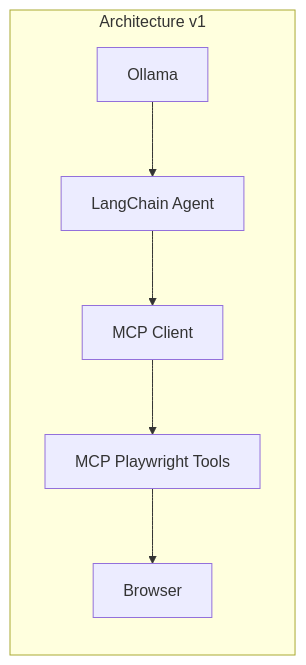
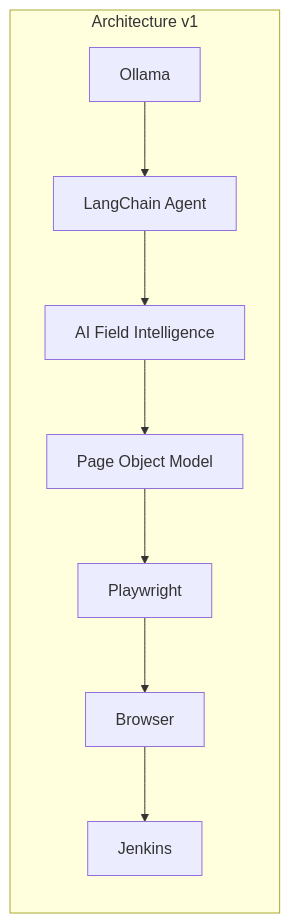
The first of 2 diagrams in README.md (divijqa/playwright-ai-agent), drawn with Mermaid before and after one commit. The commit also changed other lines of this file, not shown here.

First line of the commit message:
docs: align V1 architecture with project direction

````diff
--- a/README.md
+++ b/README.md
@@ -70,9 +78,11 @@
 ```mermaid
 flowchart LR
   subgraph v1["Architecture v1"]
     A["Ollama"] --> B["LangChain Agent"]
-    B --> C["MCP Client"]
-    C --> D["MCP Playwright Tools"]
-    D --> E["Browser"]
+    B --> C["AI Field Intelligence"]
+    C --> D["Page Object Model"]
+    D --> E["Playwright"]
+    E --> F["Browser"]
+    F --> G["Jenkins"]
   end
 ```
````
